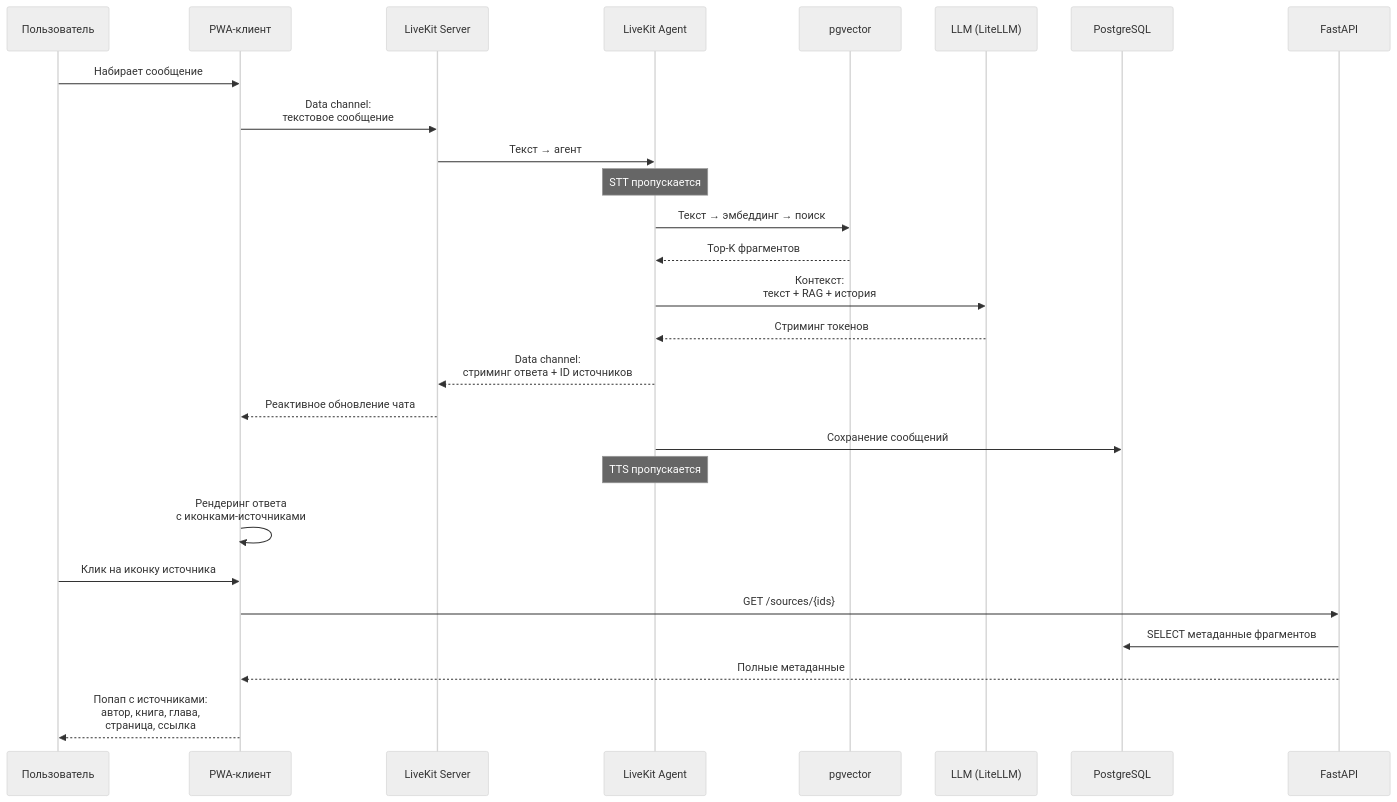
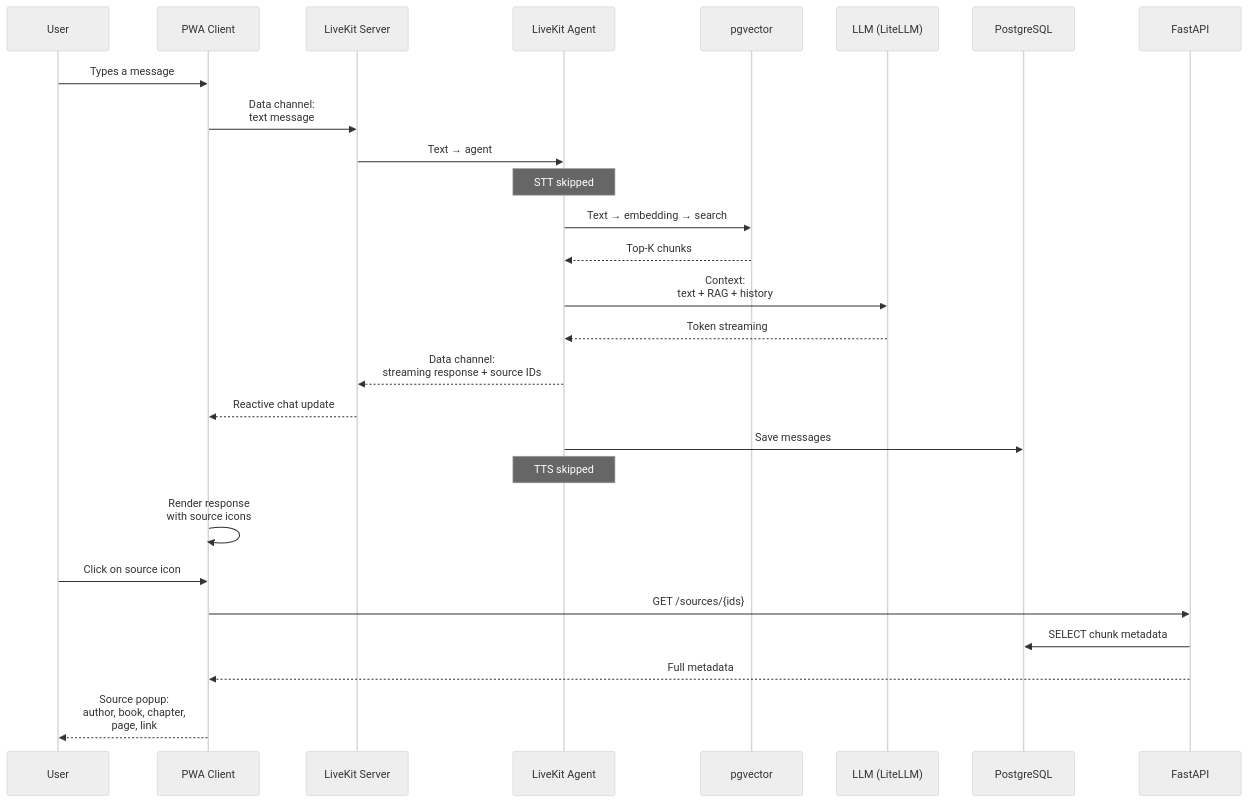
One commit to itechmeat/twype-voice changed the ninth of 25 diagrams in docs/architecture.md. Above: the diagram before and after it, drawn with Mermaid (neutral theme). The commit also changed other lines of this file and 30 other files, not shown here.

````diff
--- a/docs/architecture.md
+++ b/docs/architecture.md
@@ -417,37 +417,37 @@
 ```mermaid
 sequenceDiagram
-    participant U as Пользователь
-    participant PWA as PWA-клиент
+    participant U as User
+    participant PWA as PWA Client
     participant LK as LiveKit Server
     participant AG as LiveKit Agent
     participant RAG as pgvector
     participant LLM as LLM (LiteLLM)
     participant DB as PostgreSQL
     participant API as FastAPI
 
-    U->>PWA: Набирает сообщение
-    PWA->>LK: Data channel:<br/>текстовое сообщение
-    LK->>AG: Текст → агент
+    U->>PWA: Types a message
+    PWA->>LK: Data channel:<br/>text message
+    LK->>AG: Text → agent
 
-    Note over AG: STT пропускается
+    Note over AG: STT skipped
 
-    AG->>RAG: Текст → эмбеддинг → поиск
-    RAG-->>AG: Top-K фрагментов
+    AG->>RAG: Text → embedding → search
+    RAG-->>AG: Top-K chunks
 
-    AG->>LLM: Контекст:<br/>текст + RAG + история
-    LLM-->>AG: Стриминг токенов
+    AG->>LLM: Context:<br/>text + RAG + history
+    LLM-->>AG: Token streaming
 
-    AG-->>LK: Data channel:<br/>стриминг ответа + ID источников
-    LK-->>PWA: Реактивное обновление чата
-    AG->>DB: Сохранение сообщений
+    AG-->>LK: Data channel:<br/>streaming response + source IDs
+    LK-->>PWA: Reactive chat update
+    AG->>DB: Save messages
 
-    Note over AG: TTS пропускается
+    Note over AG: TTS skipped
 
-    PWA->>PWA: Рендеринг ответа<br/>с иконками-источниками
+    PWA->>PWA: Render response<br/>with source icons
 
-    U->>PWA: Клик на иконку источника
+    U->>PWA: Click on source icon
     PWA->>API: GET /sources/{ids}
-    API->>DB: SELECT метаданные фрагментов
-    API-->>PWA: Полные метаданные
-    PWA-->>U: Попап с источниками:<br/>автор, книга, глава,<br/>страница, ссылка
+    API->>DB: SELECT chunk metadata
+    API-->>PWA: Full metadata
+    PWA-->>U: Source popup:<br/>author, book, chapter,<br/>page, link
 ```
````
